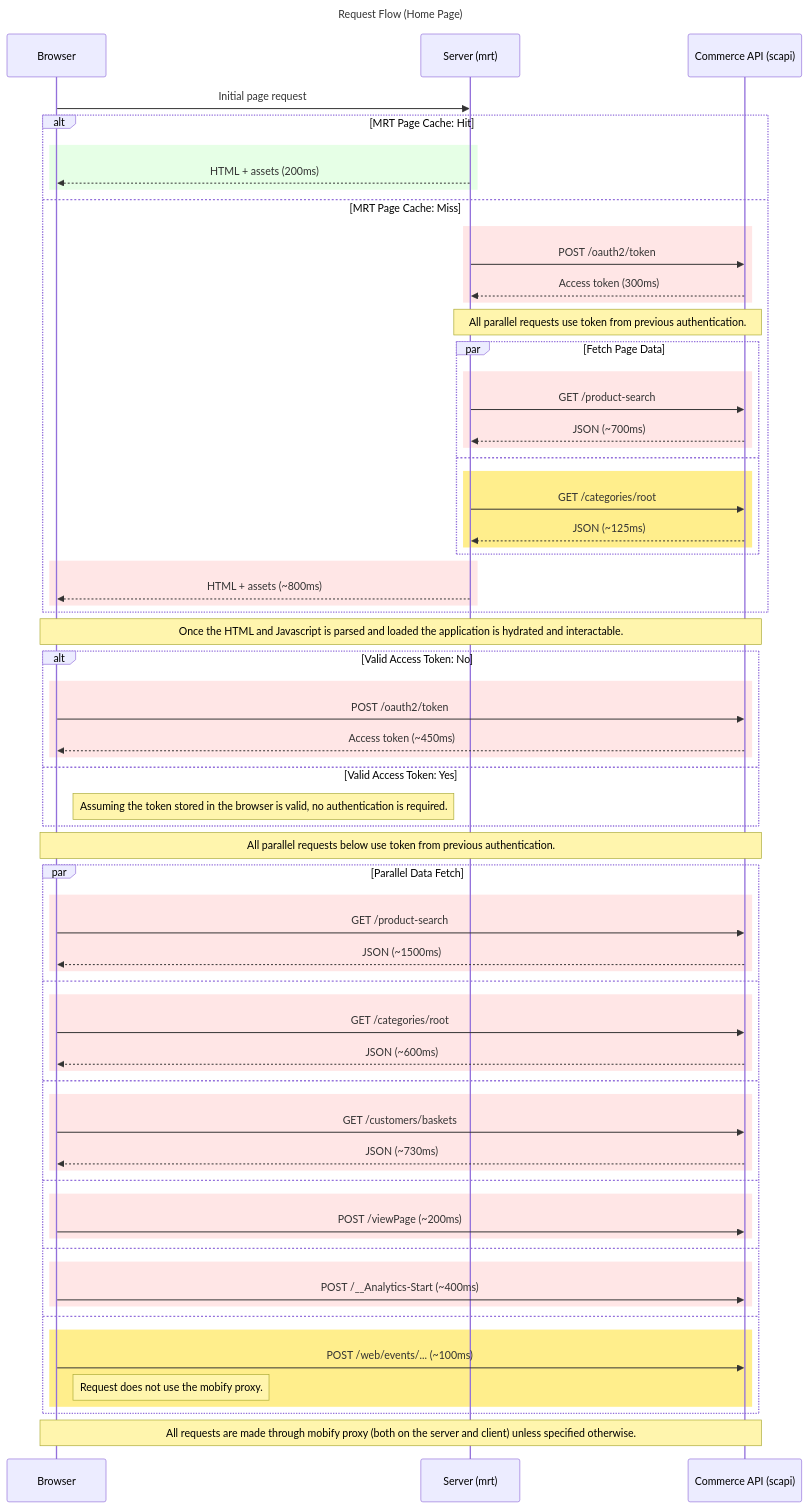
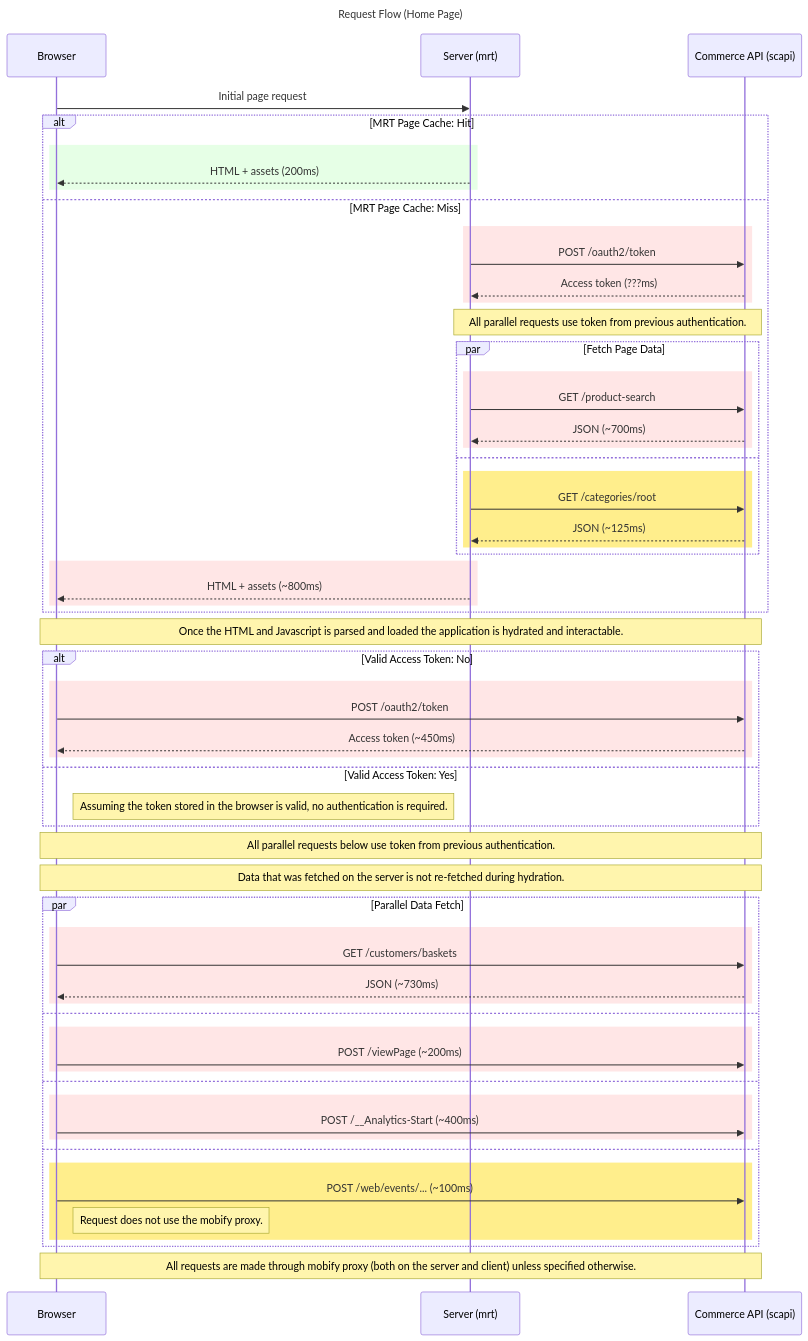
One commit to dannyphan2000/pwa-kit changed the diagram in packages/template-retail-react-app/app/pages/home/README.md. Above: the diagram before and after it, drawn with Mermaid. The commit also changed 2 other files, not shown here.

Commit message:
Update flows to remove erroneous re-fetching for server data.

```diff
--- a/packages/template-retail-react-app/app/pages/home/README.md
+++ b/packages/template-retail-react-app/app/pages/home/README.md
@@ -46,7 +46,7 @@
     else MRT Page Cache: Miss
       rect rgb(255,230,230)
         MRT->>SCAPI: POST /oauth2/token
-        SCAPI-->>MRT: Access token (300ms)
+        SCAPI-->>MRT: Access token (???ms)
       end 
       
       Note over MRT,SCAPI: All parallel requests use token from previous authentication.
@@ -82,21 +82,10 @@
     end 
 
     Note over Browser,SCAPI: All parallel requests below use token from previous authentication.
+    Note over Browser,SCAPI: Data that was fetched on the server is not re-fetched during hydration.
 
     par Parallel Data Fetch
-      rect rgb(255,230,230)
-        Browser->>SCAPI: GET /product-search
-        SCAPI-->>Browser: JSON (~1500ms)
-      end 
 
-      and
-      rect rgb(255,230,230)
-        Browser->>SCAPI: GET /categories/root
-        SCAPI-->>Browser: JSON (~600ms)
-
-      end 
-
-      and
       rect rgb(255,230,230)
         Browser->>SCAPI: GET /customers/baskets
         SCAPI-->>Browser: JSON (~730ms)
```
